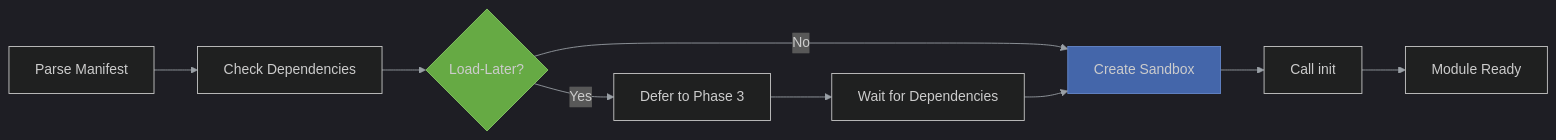
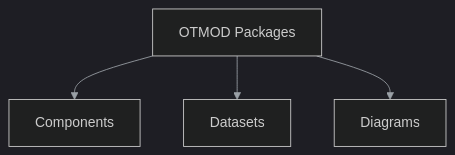
One commit to lukaszj321/otcv8-dev changed the sixth of 6 diagrams in docs/authoring/12_otmod/index.md. Above: the diagram before and after it, drawn with Mermaid. The commit also changed other lines of this file and 14 other files, not shown here.

Commit message:
Regenerate authoring index pages with inline Mermaid

````diff
--- a/docs/authoring/12_otmod/index.md
+++ b/docs/authoring/12_otmod/index.md
@@ -47,15 +209,8 @@
 ```{mermaid}
 %%{init: {'theme':'dark','securityLevel':'loose','themeVariables':{'primaryTextColor':'#ddd','lineColor':'#9aa0a6'}}}%%
-graph LR
-    A[Parse Manifest] --> B[Check Dependencies]
-    B --> C{Load-Later?}
-    C -->|No| D[Create Sandbox]
-    C -->|Yes| E[Defer to Phase 3]
-    D --> F[Call init]
-    E --> G[Wait for Dependencies]
-    G --> D
-    F --> H[Module Ready]
-    
-    style C fill:#6a4,stroke:#8c6
-    style D fill:#46a,stroke:#68c
+graph TD
+    A[OTMOD Packages] --> B[Components]
+    A --> C[Datasets]
+    A --> D[Diagrams]
+click Overview "./index.html#facet-12_otmod.overview" "Open overview"
 ```
````
